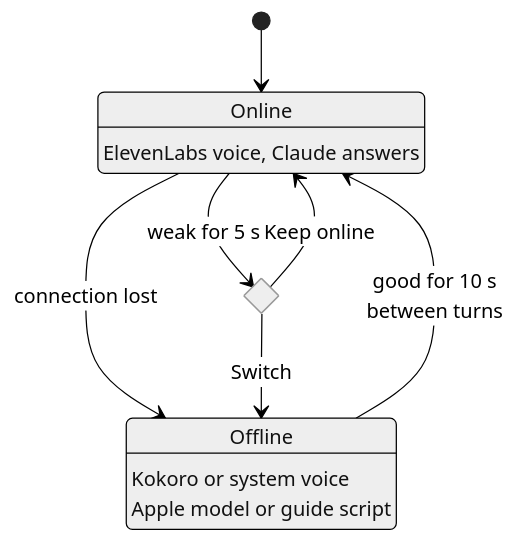
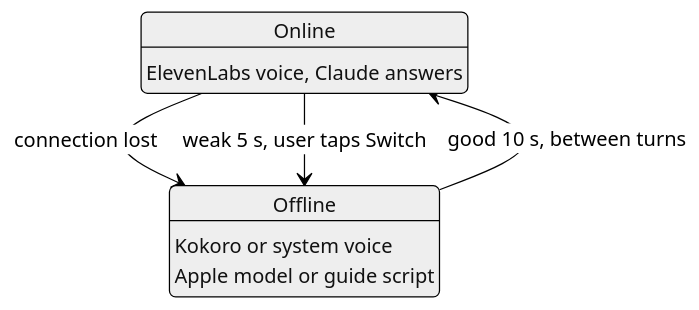
Before and after one commit to Xget7/splat-field-guide: the fourth of 4 diagrams in README.md, drawn with Mermaid (neutral theme). The commit also changed other lines of this file, not shown here.

Commit message:
Shrink the README diagrams and show the architecture as named systems

````diff
--- a/README.md
+++ b/README.md
@@ -85,16 +67,12 @@
 ```mermaid
 stateDiagram-v2
   direction TB
   Online: Online
   Online: ElevenLabs voice, Claude answers
   Offline: Offline
   Offline: Kokoro or system voice
   Offline: Apple model or guide script
-  state weak <<choice>>
-  [*] --> Online
   Online --> Offline: connection lost
-  Online --> weak: weak for 5 s
-  weak --> Offline: Switch
-  weak --> Online: Keep online
-  Offline --> Online: good for 10 s<br/>between turns
+  Online --> Offline: weak 5 s, user taps Switch
+  Offline --> Online: good 10 s, between turns
 ```
````
